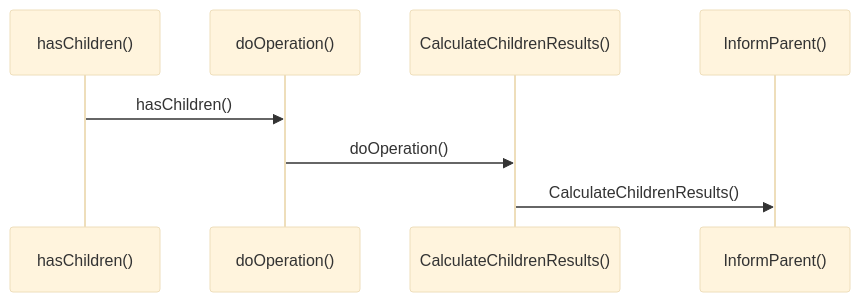
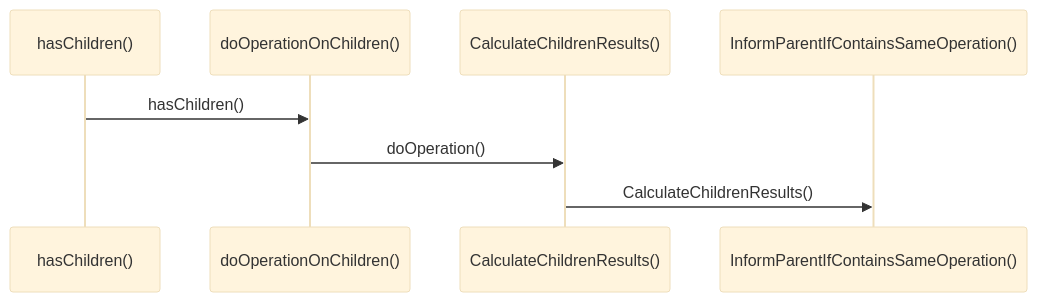
One commit to UserLevelUp/OpNode changed the second of 2 diagrams in README.md. Above: the diagram before and after it, drawn with Mermaid (base theme). The commit also changed other lines of this file, not shown here.

````diff
--- a/README.md
+++ b/README.md
@@ -49,10 +49,10 @@
 ```mermaid
 sequenceDiagram
     participant H as hasChildren()
-    participant D as doOperation()
+    participant D as doOperationOnChildren()
     participant C as CalculateChildrenResults()
-    participant I as InformParent()
+    participant I as InformParentIfContainsSameOperation()
     H->>D: hasChildren()
     D->>C: doOperation()
     C->>I: CalculateChildrenResults()
 ```
````
